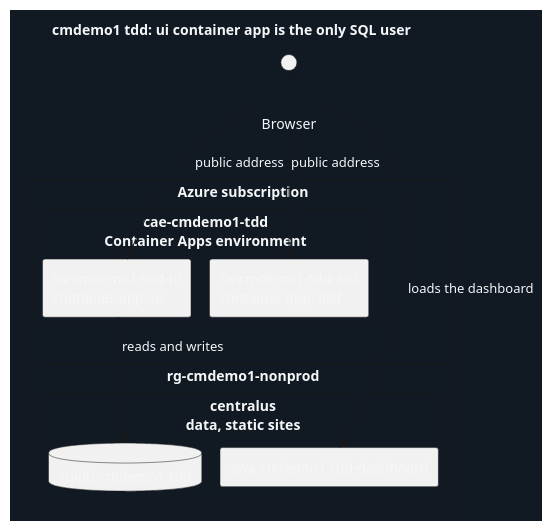
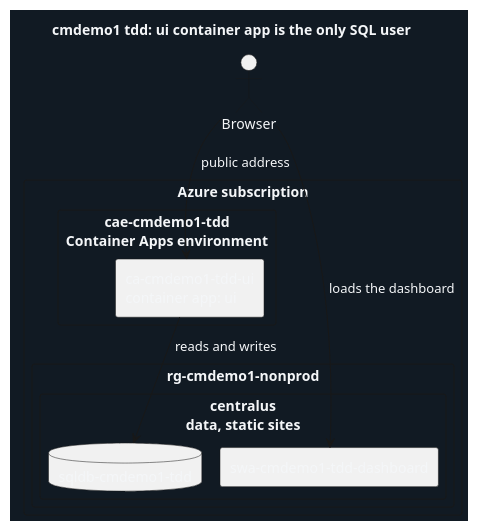
Before and after one commit to clearmeasure-aisf-sample-apps/cmdemo1-dashboard: the diagram in src/Dashboard/wwwroot/runtime/tdd.puml, drawn with PlantUML. The commit also changed 21 other files, not shown here.

```diff
--- a/src/Dashboard/wwwroot/runtime/tdd.puml
+++ b/src/Dashboard/wwwroot/runtime/tdd.puml
@@ -1,25 +1,23 @@
 @startuml
 !pragma layout smetana
 skinparam backgroundColor #111a23
 skinparam defaultFontColor #f4f6f8
 
 title cmdemo1 tdd: ui container app is the only SQL user
 
 rectangle "Azure subscription" as sub {
   rectangle "cae-cmdemo1-tdd\nContainer Apps environment" as cae {
     rectangle "ca-cmdemo1-tdd-ui\ncontainer app: ui" as ca_ui
-    rectangle "ca-cmdemo1-tdd-aisf\ncontainer app: aisf" as ca_aisf
   }
   rectangle "rg-cmdemo1-nonprod" as rg_tier {
     rectangle "centralus\ndata, static sites" as region_data {
       database "sqldb-cmdemo1-tdd" as sqldb
       rectangle "swa-cmdemo1-tdd-dashboard" as swa_dashboard
     }
   }
 }
 actor "Browser" as browser
 browser --> ca_ui : public address
-browser --> ca_aisf : public address
 ca_ui --> sqldb : reads and writes
 browser --> swa_dashboard : loads the dashboard
 @enduml
```
